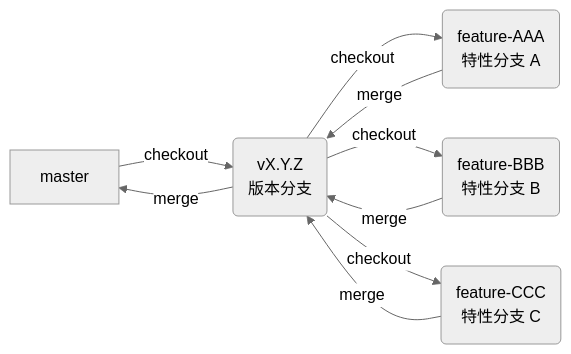
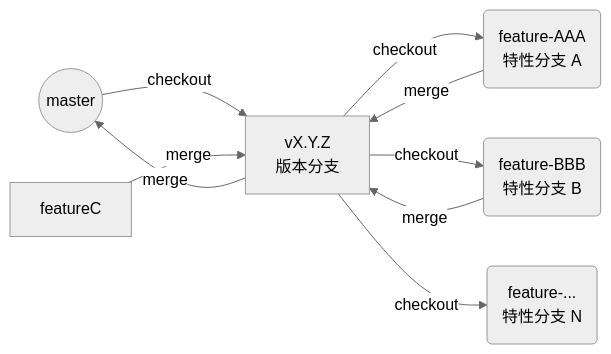
One commit to EXP-Codes/exp-libs-refactor changed the first of 2 diagrams in DevSOP.md. Above: the diagram before and after it, drawn with Mermaid (neutral theme).

Commit message:
新增分支示意图

````diff
--- a/DevSOP.md
+++ b/DevSOP.md
@@ -28,11 +28,11 @@
 ```mermaid
 graph LR
-    master -- checkout --> version(vX.Y.Z<br/>版本分支)
+    master((master)) -- checkout --> version[vX.Y.Z<br/>版本分支]
     version -- checkout --> featureA(feature-AAA<br/>特性分支 A)
     version -- checkout --> featureB(feature-BBB<br/>特性分支 B)
-    version -- checkout --> featureC(feature-CCC<br/>特性分支 C)
+    version -- checkout --> featureN(feature-...<br/>特性分支 N)
     featureA -- merge --> version
     featureB -- merge --> version
     featureC -- merge --> version
     version -- merge --> master
 ```
````
